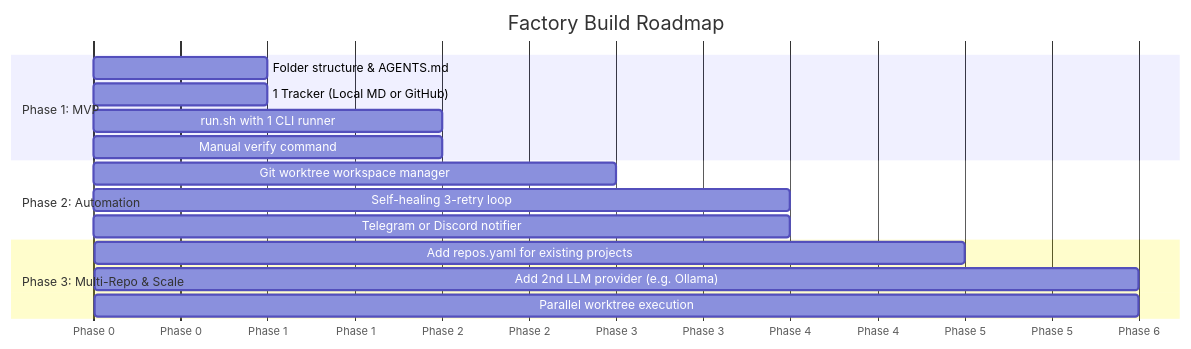
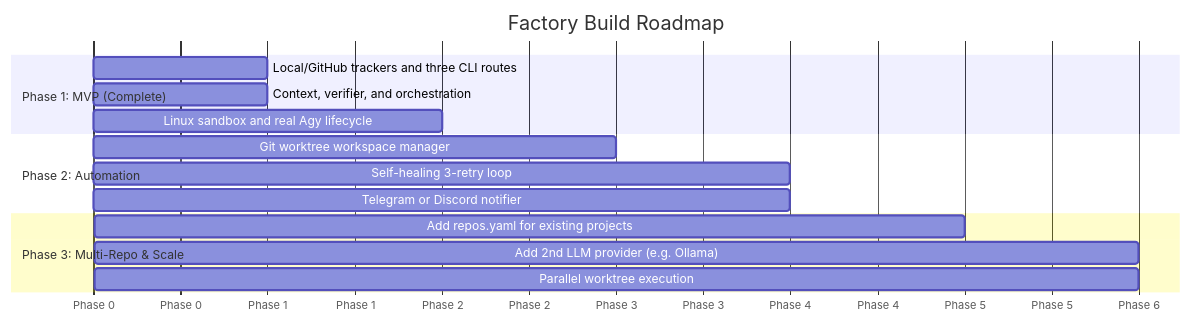
One commit to islam-kamel/software_factory changed the fifth of 5 diagrams in docs/system_design.md. Above: the diagram before and after it, drawn with Mermaid. The commit also changed other lines of this file and 41 other files, not shown here.

Commit message:
feat: complete Linux Phase 1 workflow and CLI runners

````diff
--- a/docs/system_design.md
+++ b/docs/system_design.md
@@ -213,22 +220,21 @@
 ```mermaid
 gantt
     title Factory Build Roadmap
     dateFormat X
     axisFormat Phase %s
 
-    section Phase 1: MVP
-    Folder structure & AGENTS.md           :p1, 0, 1
-    1 Tracker (Local MD or GitHub)         :p2, 0, 1
-    run.sh with 1 CLI runner               :p3, 1, 2
-    Manual verify command                  :p4, 1, 2
+    section Phase 1: MVP (Complete)
+    Local/GitHub trackers and three CLI routes :p1, 0, 1
+    Context, verifier, and orchestration       :p2, 0, 1
+    Linux sandbox and real Agy lifecycle       :p3, 1, 2
 
     section Phase 2: Automation
     Git worktree workspace manager         :p5, 2, 3
     Self-healing 3-retry loop              :p6, 2, 4
     Telegram or Discord notifier           :p7, 3, 4
 
     section Phase 3: Multi-Repo & Scale
     Add repos.yaml for existing projects   :p8, 4, 5
     Add 2nd LLM provider (e.g. Ollama)     :p9, 4, 6
     Parallel worktree execution            :p10, 5, 6
 ```
````
